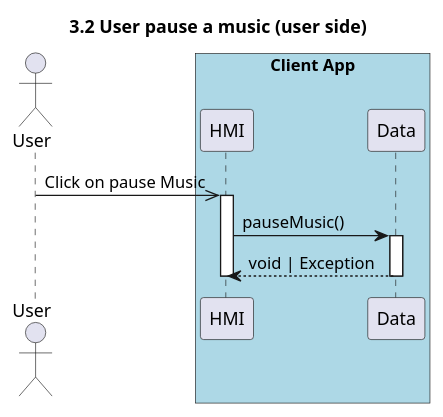
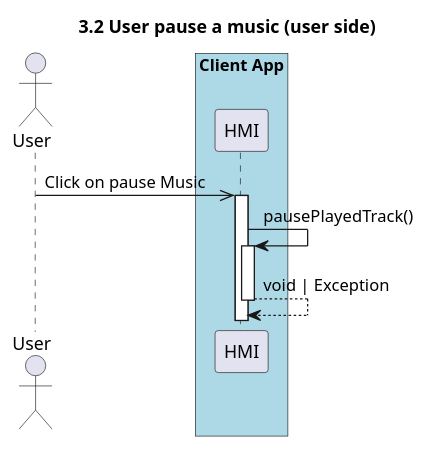
Before and after one commit to UTCAI12/Diagrams: the diagram in sequence/3.2.user_pause_music_client.puml, drawn with PlantUML. The commit also changed 7 other files, not shown here.

```diff
--- a/sequence/3.2.user_pause_music_client.puml
+++ b/sequence/3.2.user_pause_music_client.puml
@@ -1,19 +1,13 @@
 @startuml 3.2 User pause a music (user side)
 title 3.2 User pause a music (user side)
 
 actor "User" as user
 box "Client App" #LightBlue
     participant "HMI" as hmi
-    participant "Data" as data
 end box
 
-user ->> hmi : Click on pause Music
-activate hmi
-
-hmi -> data : pauseMusic()
-activate data
+user ->> hmi++: Click on pause Music
+hmi->hmi++: pausePlayedTrack()
 return void | Exception
-deactivate data
-deactivate hmi
 
 @enduml
```
